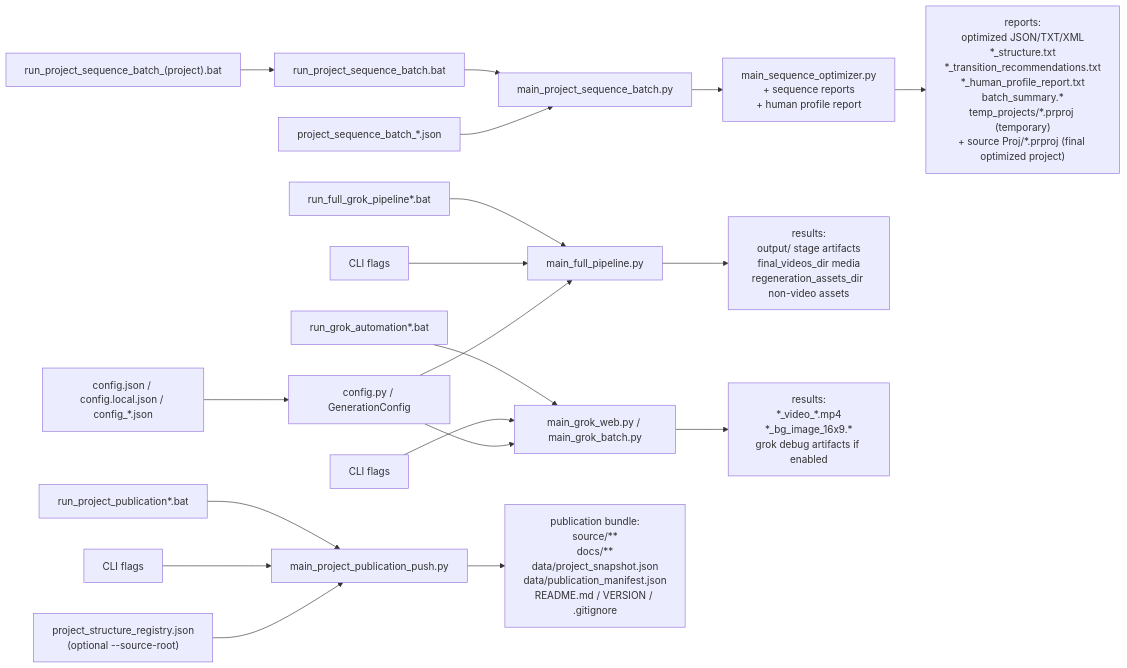
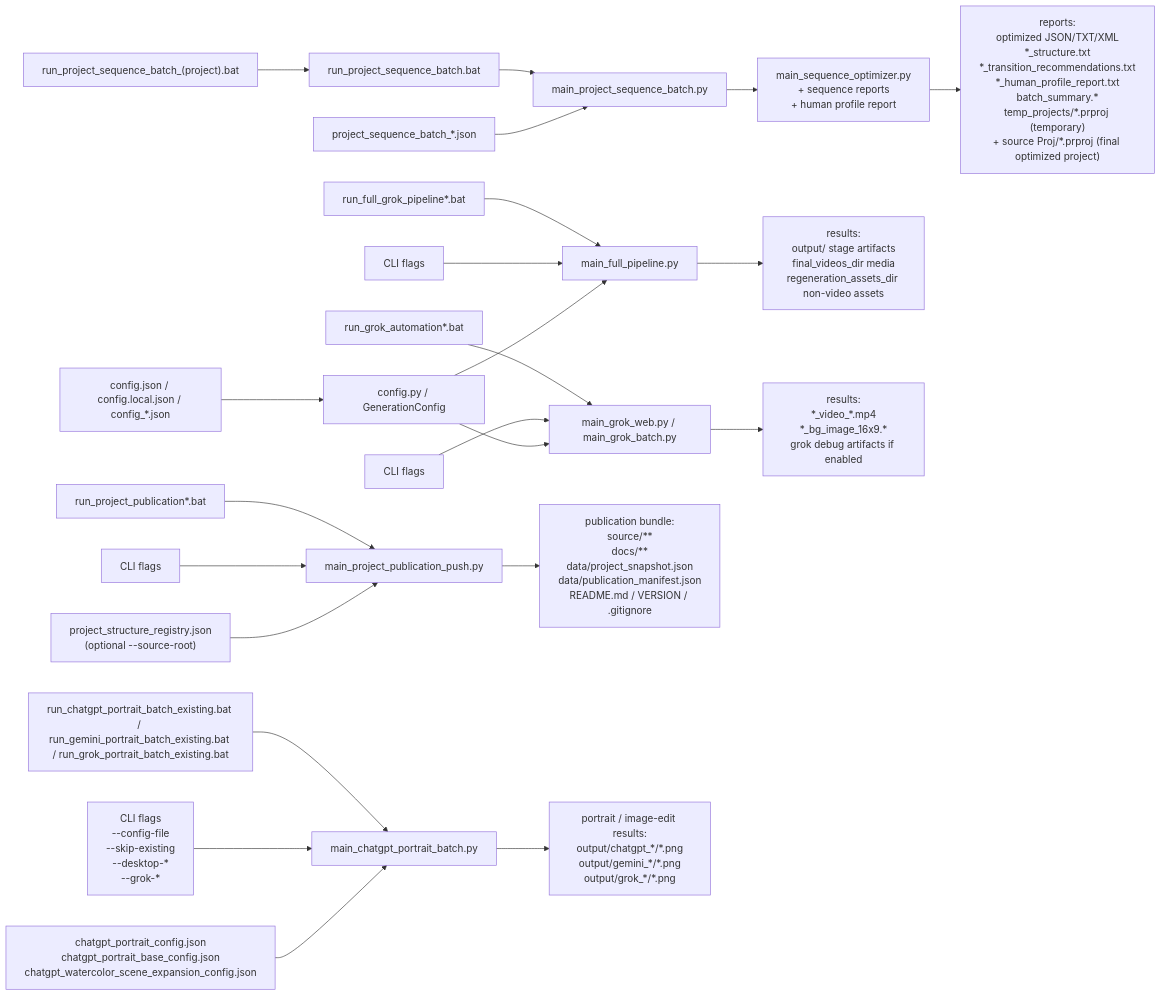
Before and after one commit to sergey-frd/Memory-to-Video_Agent: the diagram in USER_GUIDE.md, drawn with Mermaid. The commit also changed other lines of this file and 16 other files, not shown here.

````diff
--- a/USER_GUIDE.md
+++ b/USER_GUIDE.md
@@ -389,25 +423,29 @@
 ```mermaid
 flowchart LR
   B1["run_full_grok_pipeline*.bat"] --> P1["main_full_pipeline.py"]
   B2["run_grok_automation*.bat"] --> P2["main_grok_web.py / main_grok_batch.py"]
   B3A["run_project_sequence_batch_(project).bat"] --> B3["run_project_sequence_batch.bat"]
   B3 --> P3["main_project_sequence_batch.py"]
   B4["run_project_publication*.bat"] --> P4["main_project_publication_push.py"]
+  B5["run_chatgpt_portrait_batch_existing.bat / run_gemini_portrait_batch_existing.bat / run_grok_portrait_batch_existing.bat"] --> P6["main_chatgpt_portrait_batch.py"]
 
   A1["CLI flags"] --> P1
   A2["CLI flags"] --> P2
+  A5["CLI flags\n--config-file\n--skip-existing\n--desktop-*\n--grok-*"] --> P6
   C1["config.json / config.local.json / config_*.json"] --> G1["config.py / GenerationConfig"]
   G1 --> P1
   G1 --> P2
+  C5["chatgpt_portrait_config.json\nchatgpt_portrait_base_config.json\nchatgpt_watercolor_scene_expansion_config.json"] --> P6
 
   C3["project_sequence_batch_*.json"] --> P3
   P3 --> P5["main_sequence_optimizer.py\n+ sequence reports\n+ human profile report"]
 
   A4["CLI flags"] --> P4
   R1["project_structure_registry.json\n(optional --source-root)"] --> P4
 
   P1 --> O1["results:\noutput/ stage artifacts\nfinal_videos_dir media\nregeneration_assets_dir non-video assets"]
   P2 --> O2["results:\n*_video_*.mp4\n*_bg_image_16x9.*\ngrok debug artifacts if enabled"]
   P5 --> O3["reports:\noptimized JSON/TXT/XML\n*_structure.txt\n*_transition_recommendations.txt\n*_human_profile_report.txt\nbatch_summary.*\ntemp_projects/*.prproj (temporary)\n+ source Proj/*.prproj (final optimized project)"]
   P4 --> O4["publication bundle:\nsource/**\ndocs/**\ndata/project_snapshot.json\ndata/publication_manifest.json\nREADME.md / VERSION / .gitignore"]
+  P6 --> O5["portrait / image-edit results:\noutput/chatgpt_*/*.png\noutput/gemini_*/*.png\noutput/grok_*/*.png"]
 ```
````
